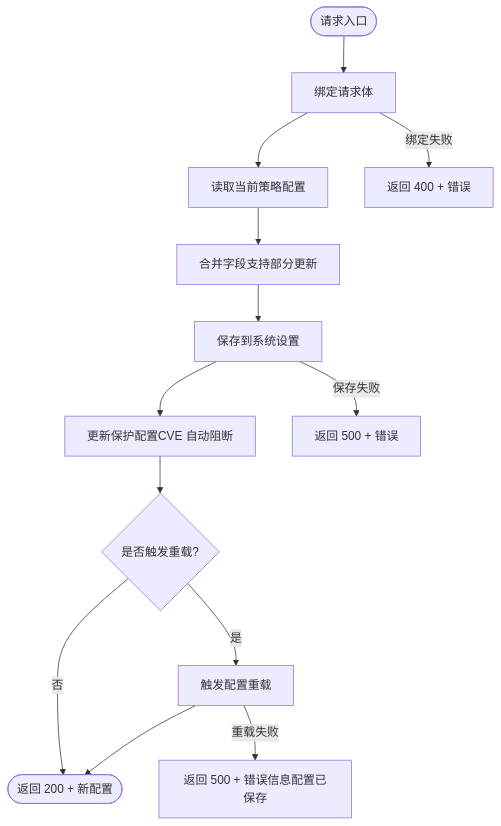
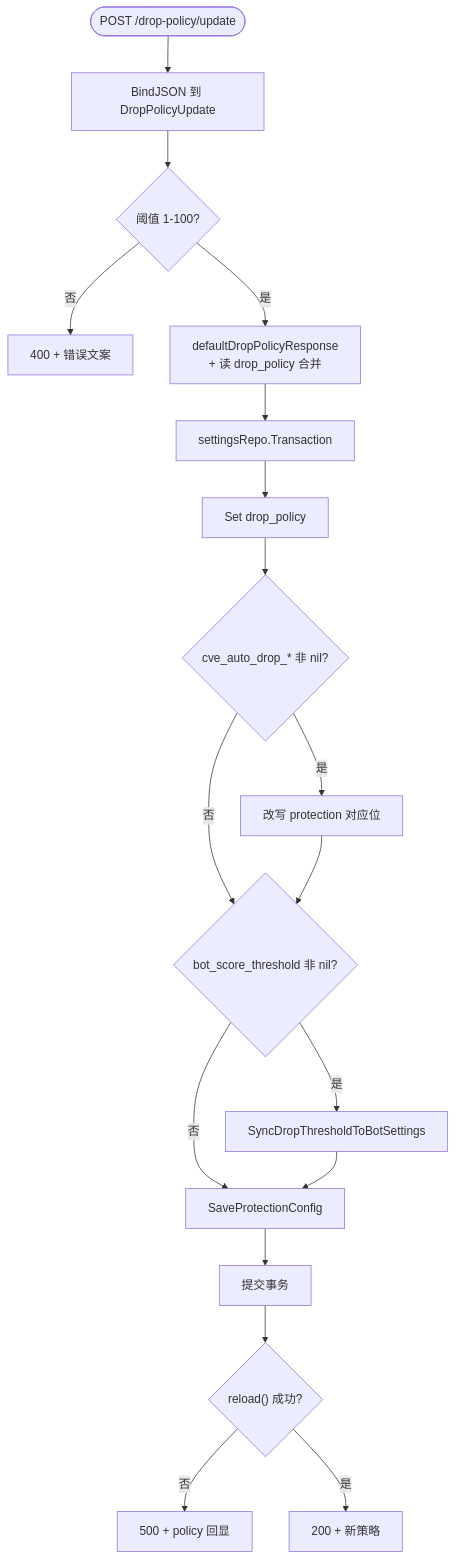
One commit to x01n/My-OpenWaf changed the fourth of 7 diagrams in docs/管理 API 系统/阻断策略 API.md. Above: the diagram before and after it, drawn with Mermaid. The commit also changed other lines of this file and 622 other files, not shown here.

````diff
--- a/docs/管理 API 系统/阻断策略 API.md
+++ b/docs/管理 API 系统/阻断策略 API.md
@@ -132,15 +353,20 @@
 ```mermaid
 flowchart TD
-Start(["请求入口"]) --> Bind["绑定请求体"]
-Bind --> LoadCurrent["读取当前策略配置"]
-LoadCurrent --> Merge["合并字段支持部分更新"]
-Merge --> Save["保存到系统设置"]
-Save --> UpdateProtection["更新保护配置CVE 自动阻断"]
-UpdateProtection --> Reload{"是否触发重载?"}
-Reload --> |是| DoReload["触发配置重载"]
-DoReload --> Done(["返回 200 + 新配置"])
-Reload --> |否| Done
-Bind --> |绑定失败| ErrBind["返回 400 + 错误"]
-Save --> |保存失败| ErrSave["返回 500 + 错误"]
-DoReload --> |重载失败| ErrReload["返回 500 + 错误信息配置已保存"]
+Start(["POST /drop-policy/update"]) --> Bind["BindJSON 到 DropPolicyUpdate"]
+Bind --> Valid{"阈值 1-100?"}
+Valid --> |否| E400["400 + 错误文案"]
+Valid --> |是| Read["defaultDropPolicyResponse<br/>+ 读 drop_policy 合并"]
+Read --> Tx["settingsRepo.Transaction"]
+Tx --> K1["Set drop_policy"]
+K1 --> K2{"cve_auto_drop_* 非 nil?"}
+K2 --> |是| S1["改写 protection 对应位"]
+K2 --> |否| K3
+S1 --> K3{"bot_score_threshold 非 nil?"}
+K3 --> |是| S2["SyncDropThresholdToBotSettings"]
+K3 --> |否| Save
+S2 --> Save["SaveProtectionConfig"]
+Save --> Commit["提交事务"]
+Commit --> Reload{"reload() 成功?"}
+Reload --> |否| E500["500 + policy 回显"]
+Reload --> |是| OK["200 + 新策略"]
 ```
````
